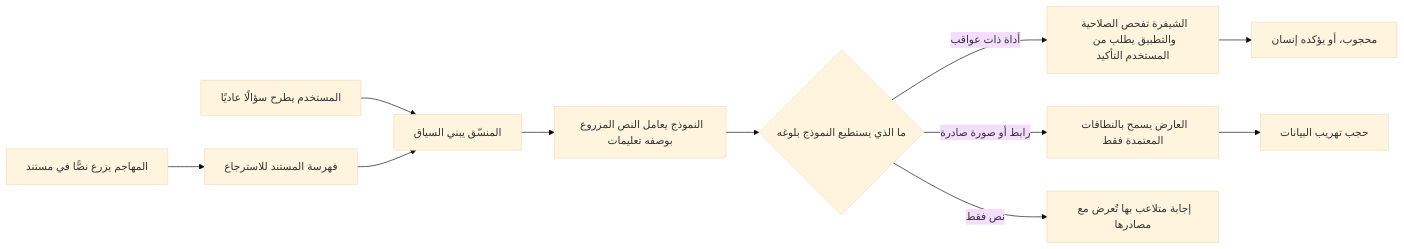
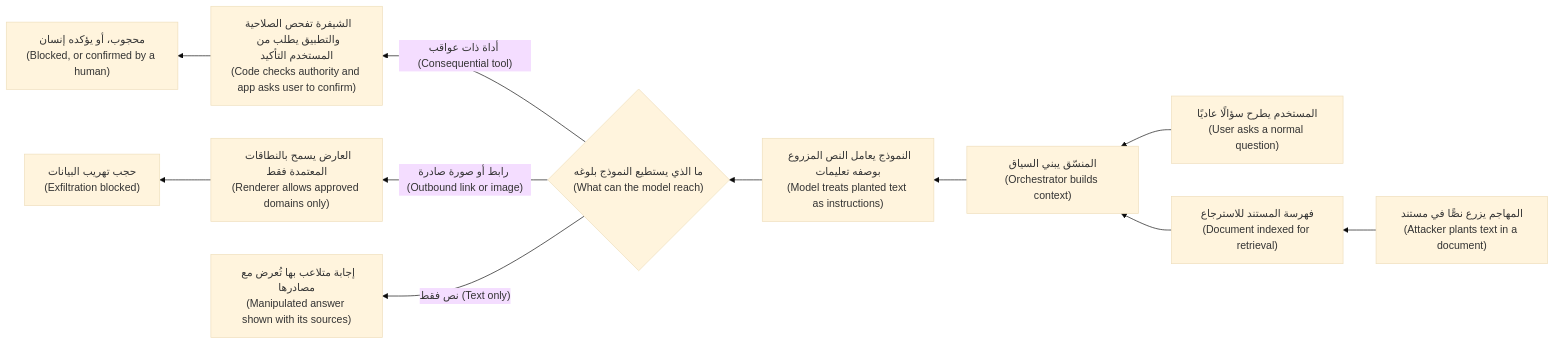
Before and after one commit to Tamoura/system-design-for-vibe-coders: the second of 3 diagrams in secai/modules/08-ai-threats.ar.md, drawn with Mermaid (base theme). The commit also changed other lines of this file and 11 other files, not shown here.

First line of the commit message:
Security course: Arabic modules 10–11 reviewed; RTL diagrams with English labels for modules 0–11

````diff
--- a/secai/modules/08-ai-threats.ar.md
+++ b/secai/modules/08-ai-threats.ar.md
@@ -339,13 +339,13 @@
 ```mermaid
-flowchart LR
-    A["المهاجم يزرع نصًّا في مستند"] --> B["فهرسة المستند للاسترجاع"]
-    U["المستخدم يطرح سؤالًا عاديًا"] --> C["المنسّق يبني السياق"]
+flowchart RL
+    A["المهاجم يزرع نصًّا في مستند<br/>(Attacker plants text in a document)"] --> B["فهرسة المستند للاسترجاع<br/>(Document indexed for retrieval)"]
+    U["المستخدم يطرح سؤالًا عاديًا<br/>(User asks a normal question)"] --> C["المنسّق يبني السياق<br/>(Orchestrator builds context)"]
     B --> C
-    C --> D["النموذج يعامل النص المزروع بوصفه تعليمات"]
-    D --> E{"ما الذي يستطيع النموذج بلوغه"}
-    E -->|"أداة ذات عواقب"| F["الشيفرة تفحص الصلاحية والتطبيق يطلب من المستخدم التأكيد"]
-    E -->|"رابط أو صورة صادرة"| G["العارض يسمح بالنطاقات المعتمدة فقط"]
-    E -->|"نص فقط"| H["إجابة متلاعب بها تُعرض مع مصادرها"]
-    F --> I["محجوب، أو يؤكده إنسان"]
-    G --> J["حجب تهريب البيانات"]
+    C --> D["النموذج يعامل النص المزروع بوصفه تعليمات<br/>(Model treats planted text as instructions)"]
+    D --> E{"ما الذي يستطيع النموذج بلوغه<br/>(What can the model reach)"}
+    E -->|"أداة ذات عواقب (Consequential tool)"| F["الشيفرة تفحص الصلاحية والتطبيق يطلب من المستخدم التأكيد<br/>(Code checks authority and app asks user to confirm)"]
+    E -->|"رابط أو صورة صادرة (Outbound link or image)"| G["العارض يسمح بالنطاقات المعتمدة فقط<br/>(Renderer allows approved domains only)"]
+    E -->|"نص فقط (Text only)"| H["إجابة متلاعب بها تُعرض مع مصادرها<br/>(Manipulated answer shown with its sources)"]
+    F --> I["محجوب، أو يؤكده إنسان<br/>(Blocked, or confirmed by a human)"]
+    G --> J["حجب تهريب البيانات<br/>(Exfiltration blocked)"]
 ```
````
